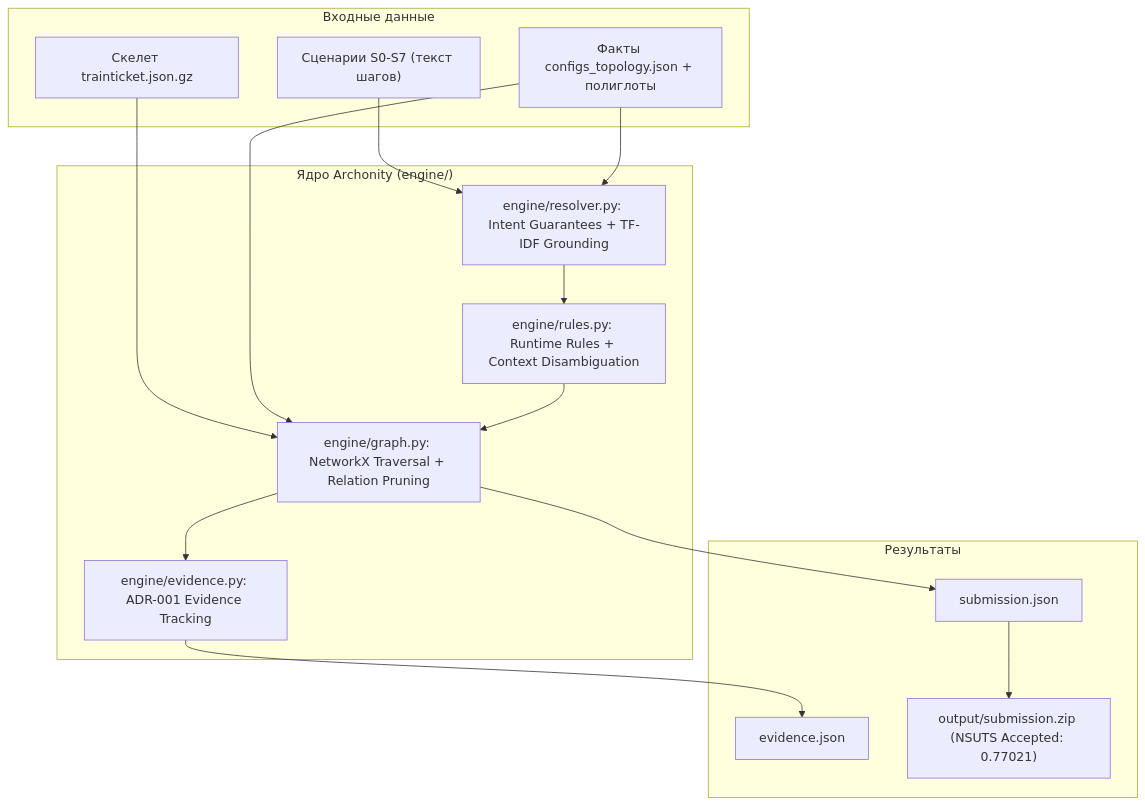
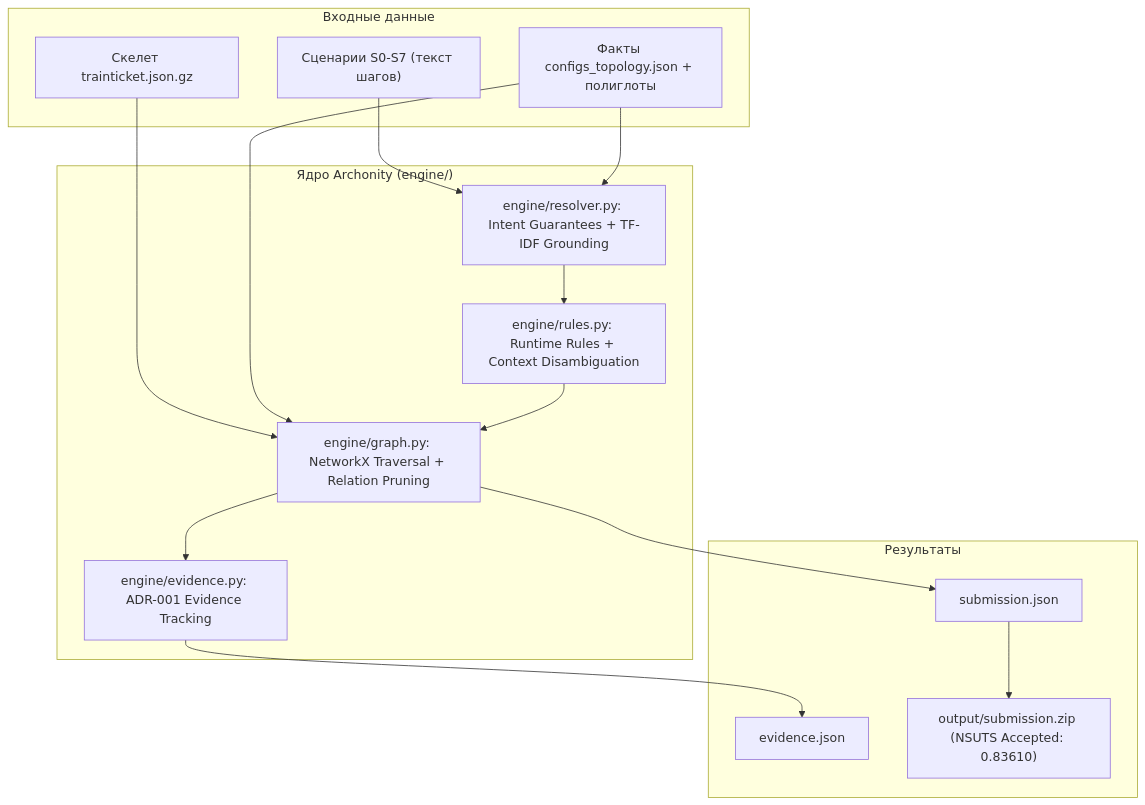
One commit to teamv39/archonity changed the diagram in docs/roadmap.md. Above: the diagram before and after it, drawn with Mermaid. The commit also changed other lines of this file, not shown here.

````diff
--- a/docs/roadmap.md
+++ b/docs/roadmap.md
@@ -64,32 +64,32 @@
 ```mermaid
 flowchart TD
     subgraph INPUT["Входные данные"]
         SKEL["Скелет trainticket.json.gz"]
         SCEN["Сценарии S0-S7 (текст шагов)"]
         FACTS["Факты configs_topology.json + полиглоты"]
     end
 
     subgraph ENGINE["Ядро Archonity (engine/)"]
         RESOLVER["engine/resolver.py: Intent Guarantees + TF-IDF Grounding"]
         RULES["engine/rules.py: Runtime Rules + Context Disambiguation"]
         GRAPH["engine/graph.py: NetworkX Traversal + Relation Pruning"]
         EVIDENCE["engine/evidence.py: ADR-001 Evidence Tracking"]
     end
 
     subgraph OUTPUT["Результаты"]
         SUB["submission.json"]
         EVID["evidence.json"]
-        ZIP["output/submission.zip (NSUTS Accepted: 0.77021)"]
+        ZIP["output/submission.zip (NSUTS Accepted: 0.83610)"]
     end
 
     SKEL --> GRAPH
     SCEN --> RESOLVER
     FACTS --> RESOLVER
     FACTS --> GRAPH
     RESOLVER --> RULES
     RULES --> GRAPH
     GRAPH --> EVIDENCE
     GRAPH --> SUB
     EVIDENCE --> EVID
     SUB --> ZIP
 ```
````
